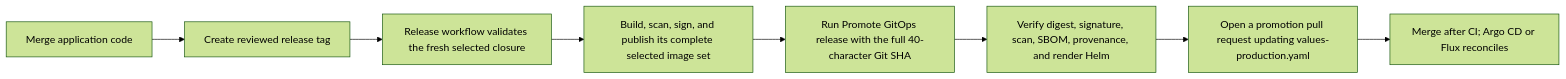
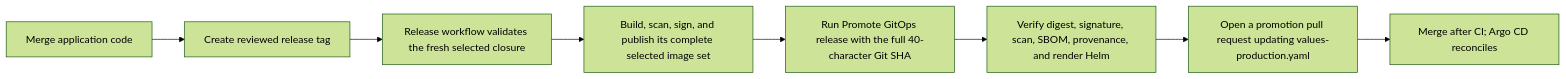
The diagram in GITOPS.md (nmime/nest-react-boilerplate), drawn with Mermaid (forest theme) before and after one commit. The commit also changed other lines of this file and 22 other files, not shown here.

First line of the commit message:
chore: drop the Flux GitOps option, keep Argo CD

````diff
--- a/GITOPS.md
+++ b/GITOPS.md
@@ -40,10 +38,10 @@
 ```mermaid
 flowchart LR
   merge[Merge application code] --> tag[Create reviewed release tag]
   tag --> plan[Release workflow validates the fresh selected closure]
   plan --> images[Build, scan, sign, and publish its complete selected image set]
   images --> promote[Run Promote GitOps release with the full 40-character Git SHA]
   promote --> verify[Verify digest, signature, scan, SBOM, provenance, and render Helm]
   verify --> pr[Open a promotion pull request updating values-production.yaml]
-  pr --> reconcile[Merge after CI; Argo CD or Flux reconciles]
+  pr --> reconcile[Merge after CI; Argo CD reconciles]
 ```
````
